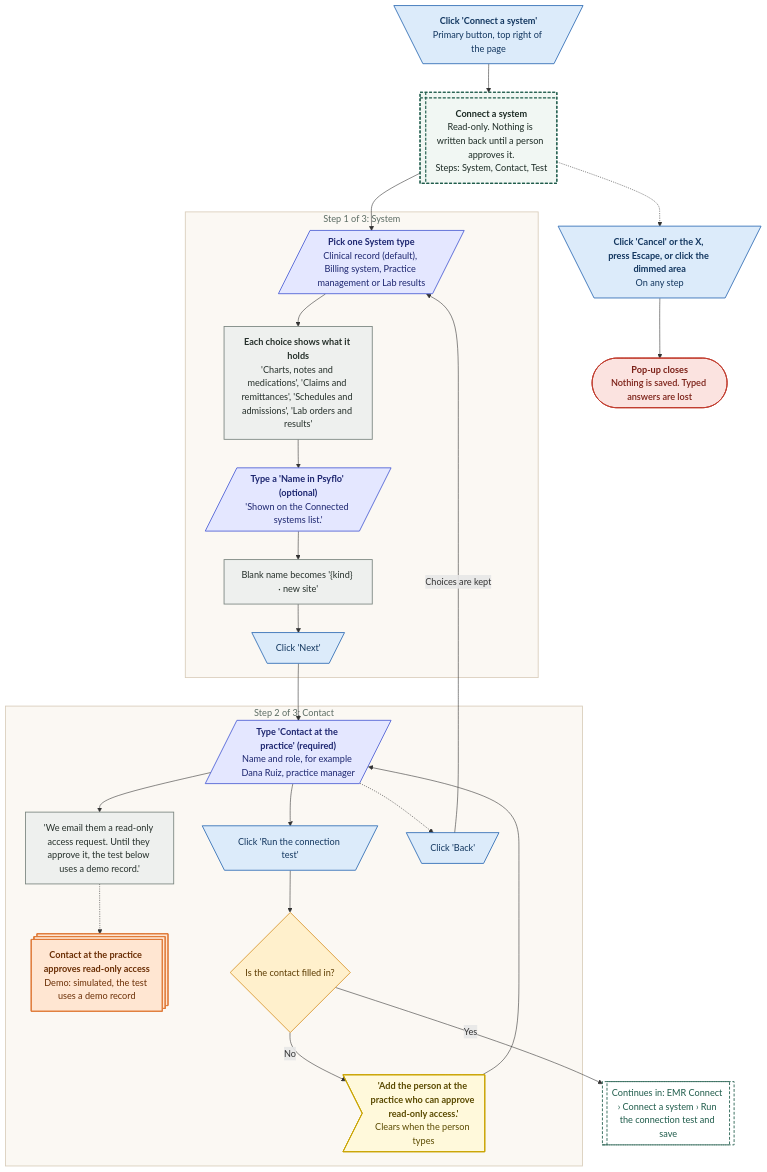
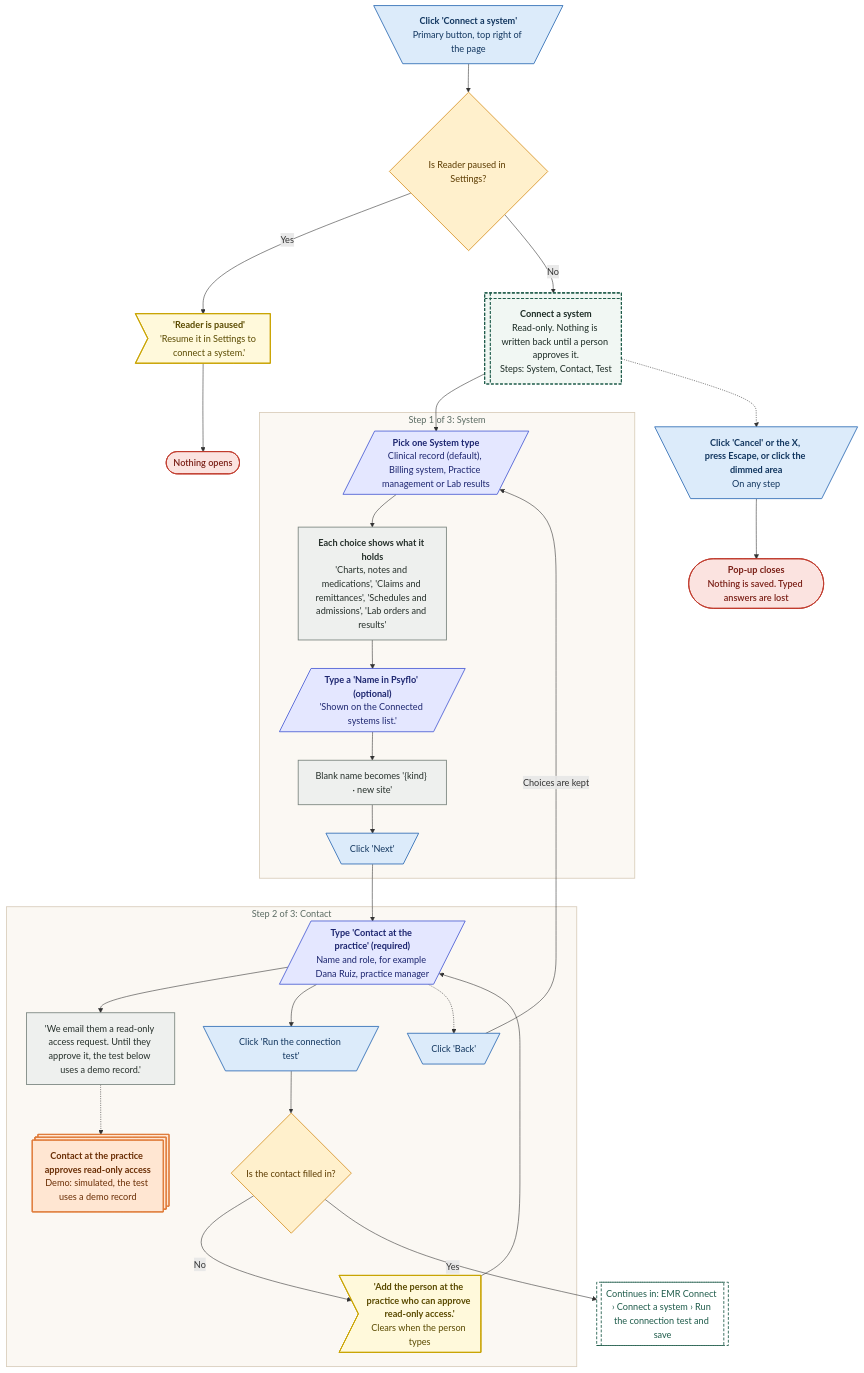
Before and after one commit to Shrav143/psyfloapp: the diagram in demos/prior-auth-demo/workflows/out/mmd/09-emr-connect/40-connect-a-system.mmd, drawn with Mermaid. The commit also changed 195 other files, not shown here.

First line of the commit message:
docs: Rebuild workflow diagrams after the demo fixes (220 diagrams)

```diff
--- a/demos/prior-auth-demo/workflows/out/mmd/09-emr-connect/40-connect-a-system.mmd
+++ b/demos/prior-auth-demo/workflows/out/mmd/09-emr-connect/40-connect-a-system.mmd
@@ -1,62 +1,67 @@
 %%{init: {"theme":"base","themeVariables":{"fontFamily":"'DM Sans', 'Segoe UI', system-ui, sans-serif","fontSize":"15px","lineColor":"#5B6B63","primaryTextColor":"#1C2B25","clusterBkg":"#FBF8F3","clusterBorder":"#D9CDBB","edgeLabelBackground":"#FFFFFF"},"flowchart":{"curve":"basis","nodeSpacing":36,"rankSpacing":48,"padding":12,"htmlLabels":true,"useMaxWidth":false,"wrappingWidth":230}} }%%
 flowchart TD
   classDef k_start fill:#1F5C4B,stroke:#174638,color:#FFFFFF,stroke-width:1.5px,font-weight:600
   classDef k_end fill:#DDEFE3,stroke:#2E7D4F,color:#14502F,stroke-width:1.5px,font-weight:600
   classDef k_endx fill:#FBE3E0,stroke:#C0392B,color:#7A1F16,stroke-width:1.5px,font-weight:600
   classDef k_screen fill:#FFFDF8,stroke:#1F5C4B,color:#1C2B25,stroke-width:2px
   classDef k_overlay fill:#F1F7F3,stroke:#1F5C4B,color:#1C2B25,stroke-width:2px,stroke-dasharray:5 3
   classDef k_click fill:#DCEBFA,stroke:#2F6DB5,color:#12365F,stroke-width:1.5px
   classDef k_input fill:#E4E7FF,stroke:#4C5FD5,color:#1D2670,stroke-width:1.5px
   classDef k_process fill:#EEF0EE,stroke:#7A857F,color:#26302B,stroke-width:1.5px
   classDef k_agent fill:#EEE5FA,stroke:#7A4FC2,color:#341A63,stroke-width:1.5px
   classDef k_decision fill:#FFF0CC,stroke:#D9962B,color:#5C3B00,stroke-width:1.5px
   classDef k_store fill:#D5F0EA,stroke:#1C8E7B,color:#0B4A3F,stroke-width:1.5px
   classDef k_doc fill:#F6E9DC,stroke:#B07A4C,color:#4A2E14,stroke-width:1.5px
   classDef k_ext fill:#FFE6D2,stroke:#E07B39,color:#6B2F06,stroke-width:1.5px
   classDef k_wait fill:#E4E8EE,stroke:#6B7C93,color:#26303D,stroke-width:1.5px
   classDef k_toast fill:#FFF9DB,stroke:#C9A400,color:#5A4A00,stroke-width:1.5px
   classDef k_goto fill:#FFFFFF,stroke:#1F5C4B,color:#1F5C4B,stroke-width:1.5px,stroke-dasharray:5 3
   s1@{ shape: trap-t, label: "<b>Click 'Connect a system'</b><br/>Primary button, top right of the page" }
+  qp@{ shape: diam, label: "Is Reader paused in Settings?" }
+  tp@{ shape: odd, label: "<b>'Reader is paused'</b><br/>'Resume it in Settings to connect a system.'" }
+  xp@{ shape: stadium, label: "Nothing opens" }
   o1@{ shape: win-pane, label: "<b>Connect a system</b><br/>Read-only. Nothing is written back until a person approves it.<br/>Steps: System, Contact, Test" }
   subgraph gS1 ["Step 1 of 3: System"]
   i1@{ shape: lean-r, label: "<b>Pick one System type</b><br/>Clinical record (default), Billing system, Practice management or Lab results" }
   p1@{ shape: rect, label: "<b>Each choice shows what it holds</b><br/>'Charts, notes and medications', 'Claims and remittances', 'Schedules and admissions', 'Lab orders and results'" }
   i2@{ shape: lean-r, label: "<b>Type a 'Name in Psyflo' (optional)</b><br/>'Shown on the Connected systems list.'" }
   p2@{ shape: rect, label: "Blank name becomes '{kind} · new site'" }
   c1@{ shape: trap-t, label: "Click 'Next'" }
   end
   subgraph gS2 ["Step 2 of 3: Contact"]
   i3@{ shape: lean-r, label: "<b>Type 'Contact at the practice' (required)</b><br/>Name and role, for example Dana Ruiz, practice manager" }
   p3@{ shape: rect, label: "'We email them a read-only access request. Until they approve it, the test below uses a demo record.'" }
   x1@{ shape: st-rect, label: "<b>Contact at the practice approves read-only access</b><br/>Demo: simulated, the test uses a demo record" }
   c2@{ shape: trap-t, label: "Click 'Run the connection test'" }
   q1@{ shape: diam, label: "Is the contact filled in?" }
   t1@{ shape: odd, label: "<b>'Add the person at the practice who can approve read-only access.'</b><br/>Clears when the person types" }
   c3@{ shape: trap-t, label: "Click 'Back'" }
   end
   cx@{ shape: trap-t, label: "<b>Click 'Cancel' or the X, press Escape, or click the dimmed area</b><br/>On any step" }
   e1@{ shape: stadium, label: "<b>Pop-up closes</b><br/>Nothing is saved. Typed answers are lost" }
   g1@{ shape: subproc, label: "Continues in: EMR Connect › Connect a system › Run the connection test and save" }
-  s1 --> o1 --> i1
+  s1 --> qp
+  qp -->|"Yes"| tp --> xp
+  qp -->|"No"| o1 --> i1
   i1 --> p1 --> i2 --> p2 --> c1
   c1 --> i3
   i3 --> p3
   p3 -.-> x1
   i3 --> c2 --> q1
   q1 -->|"No"| t1 --> i3
   q1 -->|"Yes"| g1
   i3 -.-> c3
   c3 -->|"Choices are kept"| i1
   o1 -.-> cx
   cx --> e1
   class s1,c1,c2,c3,cx k_click
+  class qp,q1 k_decision
+  class tp,t1 k_toast
+  class xp,e1 k_endx
   class o1 k_overlay
   class i1,i2,i3 k_input
   class p1,p2,p3 k_process
   class x1 k_ext
-  class q1 k_decision
-  class t1 k_toast
-  class e1 k_endx
   class g1 k_goto
   style gS1 fill:#FBF8F3,stroke:#D9CDBB,stroke-width:1.5px,color:#5B6B63
   style gS2 fill:#FBF8F3,stroke:#D9CDBB,stroke-width:1.5px,color:#5B6B63
```
